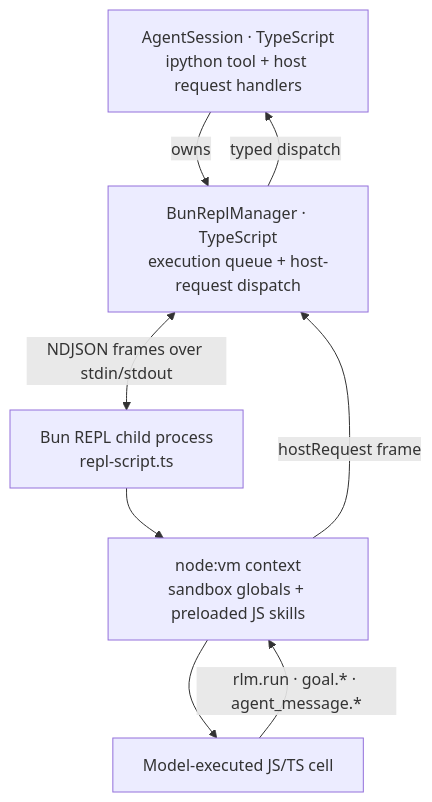
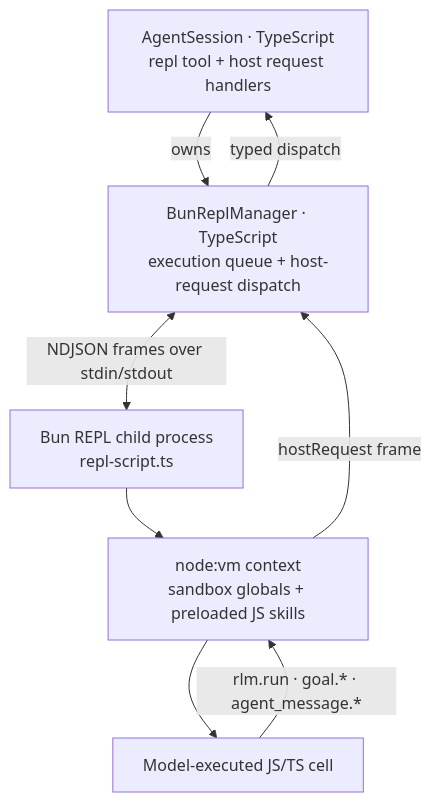
One commit to pde-rent/optimus-prime changed the first of 2 diagrams in packages/coding-agent/docs/rlm-runtime.md. Above: the diagram before and after it, drawn with Mermaid. The commit also changed other lines of this file and 134 other files, not shown here.

````diff
--- a/packages/coding-agent/docs/rlm-runtime.md
+++ b/packages/coding-agent/docs/rlm-runtime.md
@@ -9,15 +9,15 @@
 ```mermaid
 flowchart TD
-    session["AgentSession · TypeScript<br/>ipython tool + host request handlers"]
+    session["AgentSession · TypeScript<br/>repl tool + host request handlers"]
     manager["BunReplManager · TypeScript<br/>execution queue + host-request dispatch"]
     repl["Bun REPL child process<br/>repl-script.ts"]
     sandbox["node:vm context<br/>sandbox globals + preloaded JS skills"]
     code["Model-executed JS/TS cell"]
 
     session -->|"owns"| manager
     manager <-->|"NDJSON frames over stdin/stdout"| repl
     repl --> sandbox --> code
     code -->|"rlm.run · goal.* · agent_message.*"| sandbox
     sandbox -->|"hostRequest frame"| manager
     manager -->|"typed dispatch"| session
 ```
````
